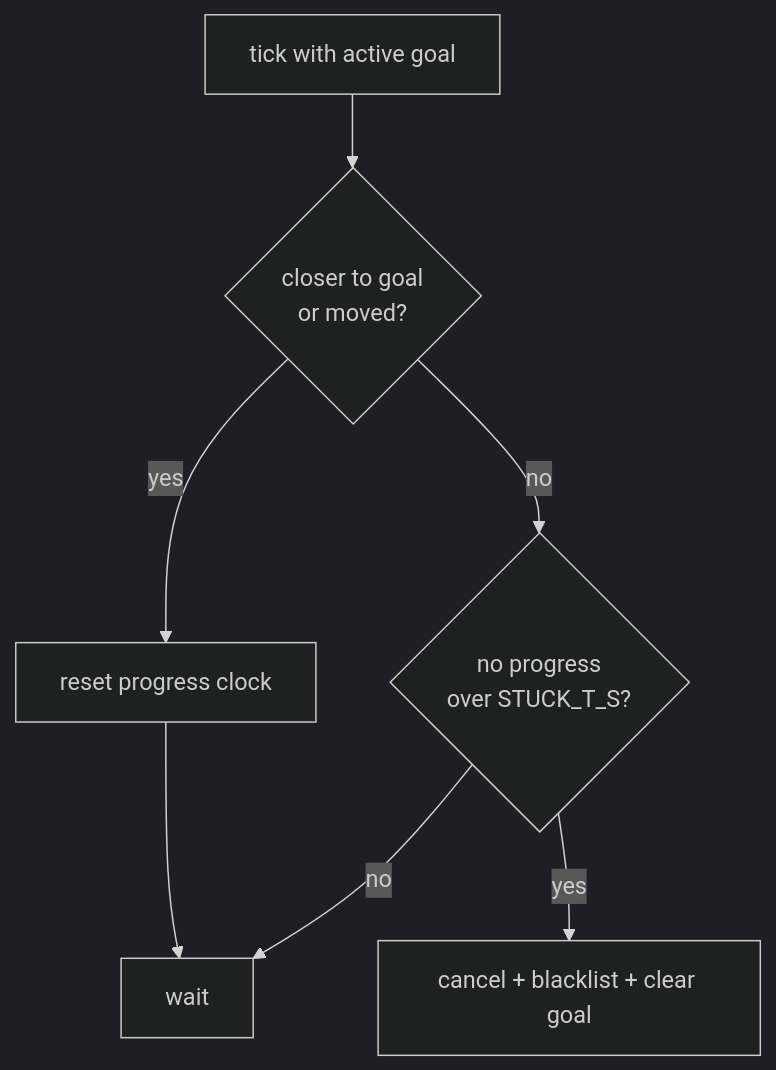
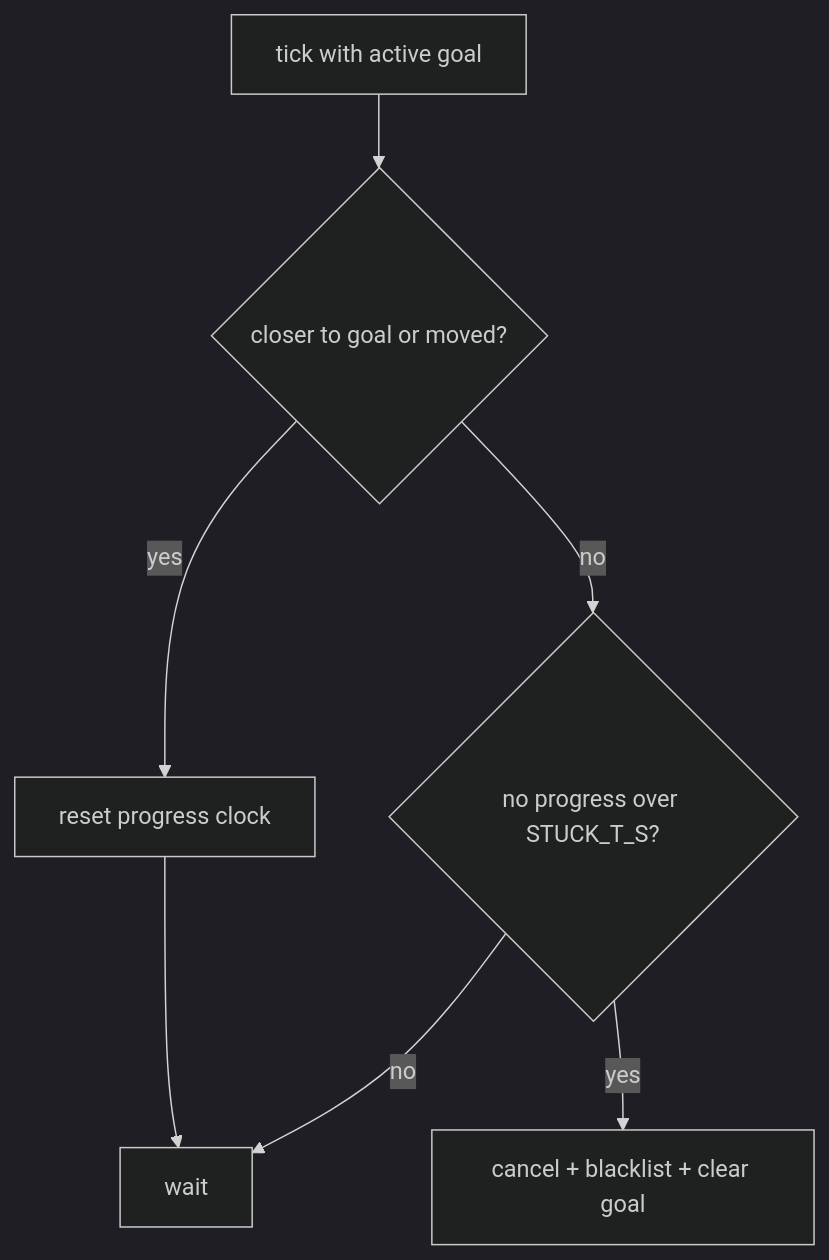
Before and after one commit to Boston-Robot-Hackers/dome_nav: the third of 4 diagrams in 01-literate/09-explorer_manager_node.md, drawn with Mermaid (dark theme). The commit also changed other lines of this file, not shown here.

Commit message:
docs(explore): harden mermaid syntax in literate 09
Strip parens/em-dashes/slashes from stateDiagram transition labels; quote
flowchart-TD decision nodes and drop raw <br/>. Both were invalid syntax.

````diff
--- a/01-literate/09-explorer_manager_node.md
+++ b/01-literate/09-explorer_manager_node.md
@@ -240,9 +240,9 @@
 ```mermaid
 flowchart TD
-    A[tick with active goal] --> B{closer to goal<br/>or moved?}
-    B -- yes --> C[reset progress clock]
-    B -- no --> D{no progress<br/>over STUCK_T_S?}
-    D -- no --> E[wait]
-    D -- yes --> F[cancel + blacklist + clear goal]
+    A["tick with active goal"] --> B{"closer to goal or moved?"}
+    B -->|yes| C["reset progress clock"]
+    B -->|no| D{"no progress over STUCK_T_S?"}
+    D -->|no| E["wait"]
+    D -->|yes| F["cancel + blacklist + clear goal"]
     C --> E
 ```
````
